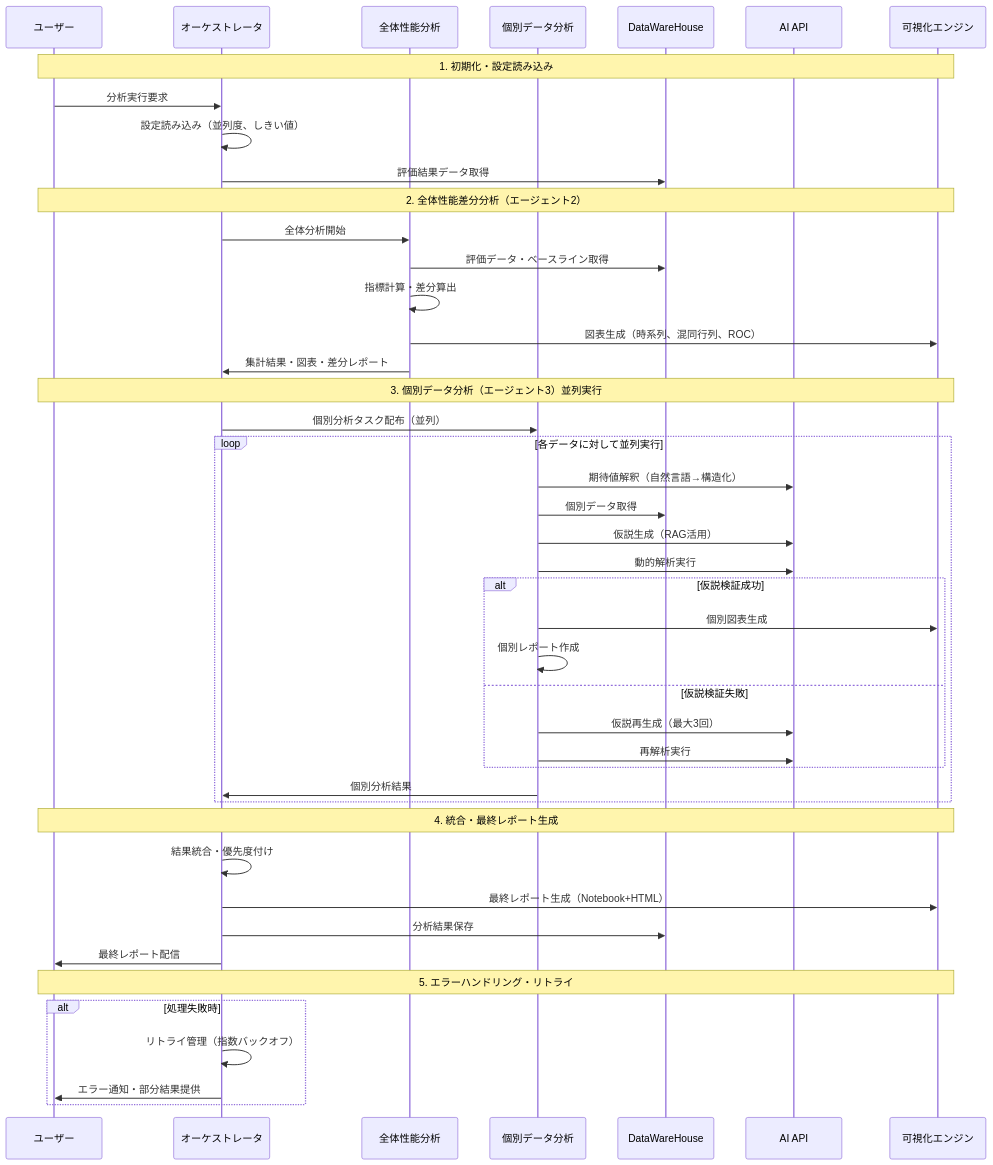
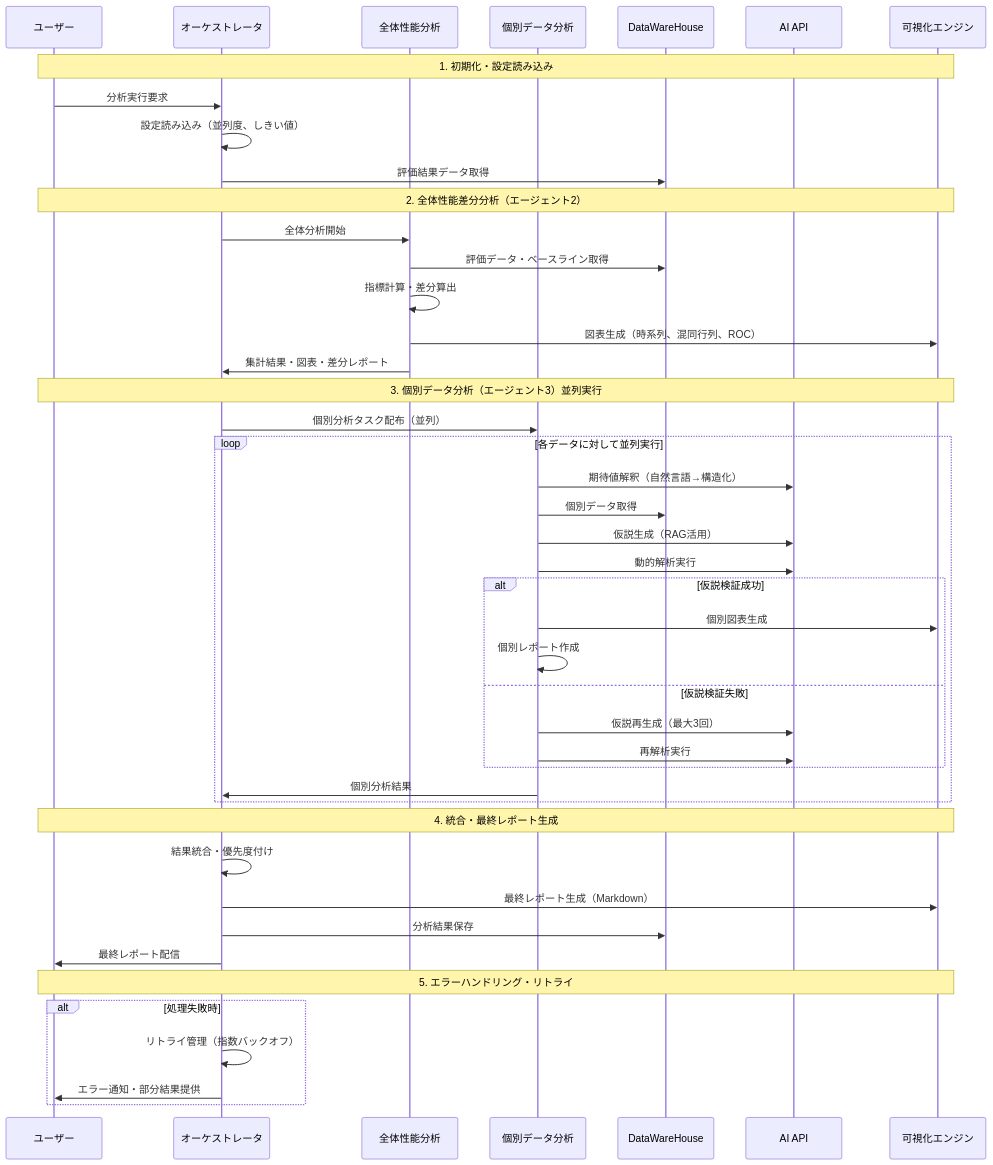
The second of 3 diagrams in projects/詳細設計資料/AI分析エンジン設計書.md (abekoki/Improve_algorithm_development), drawn with Mermaid before and after one commit. The commit also changed other lines of this file, not shown here.

Commit message:
仕様書を更新し、AI分析エンジンの最終レポート生成形式をMarkdownに変更。システム構成図や処理フロー図を追加し、各エージェントの出力内容を整理。関連する参照文書のリストを整備。

````diff
--- a/projects/詳細設計資料/AI分析エンジン設計書.md
+++ b/projects/詳細設計資料/AI分析エンジン設計書.md
@@ -162,54 +163,54 @@
 ```mermaid
 sequenceDiagram
     participant User as ユーザー
     participant ORC as オーケストレータ
     participant PA as 全体性能分析
     participant IA as 個別データ分析
     participant DB as DataWareHouse
     participant AI as AI API
     participant VIS as 可視化エンジン
     
     Note over User, VIS: 1. 初期化・設定読み込み
     User->>ORC: 分析実行要求
     ORC->>ORC: 設定読み込み（並列度、しきい値）
     ORC->>DB: 評価結果データ取得
     
     Note over User, VIS: 2. 全体性能差分分析（エージェント2）
     ORC->>PA: 全体分析開始
     PA->>DB: 評価データ・ベースライン取得
     PA->>PA: 指標計算・差分算出
     PA->>VIS: 図表生成（時系列、混同行列、ROC）
     PA->>ORC: 集計結果・図表・差分レポート
     
     Note over User, VIS: 3. 個別データ分析（エージェント3）並列実行
     ORC->>IA: 個別分析タスク配布（並列）
     
     loop 各データに対して並列実行
         IA->>AI: 期待値解釈（自然言語→構造化）
         IA->>DB: 個別データ取得
         IA->>AI: 仮説生成（RAG活用）
         IA->>AI: 動的解析実行
         
         alt 仮説検証成功
             IA->>VIS: 個別図表生成
             IA->>IA: 個別レポート作成
         else 仮説検証失敗
             IA->>AI: 仮説再生成（最大3回）
             IA->>AI: 再解析実行
         end
         
         IA->>ORC: 個別分析結果
     end
     
     Note over User, VIS: 4. 統合・最終レポート生成
     ORC->>ORC: 結果統合・優先度付け
-    ORC->>VIS: 最終レポート生成（Notebook+HTML）
+    ORC->>VIS: 最終レポート生成（Markdown）
     ORC->>DB: 分析結果保存
     ORC->>User: 最終レポート配信
     
     Note over User, VIS: 5. エラーハンドリング・リトライ
     alt 処理失敗時
         ORC->>ORC: リトライ管理（指数バックオフ）
         ORC->>User: エラー通知・部分結果提供
     end
 ```
````
